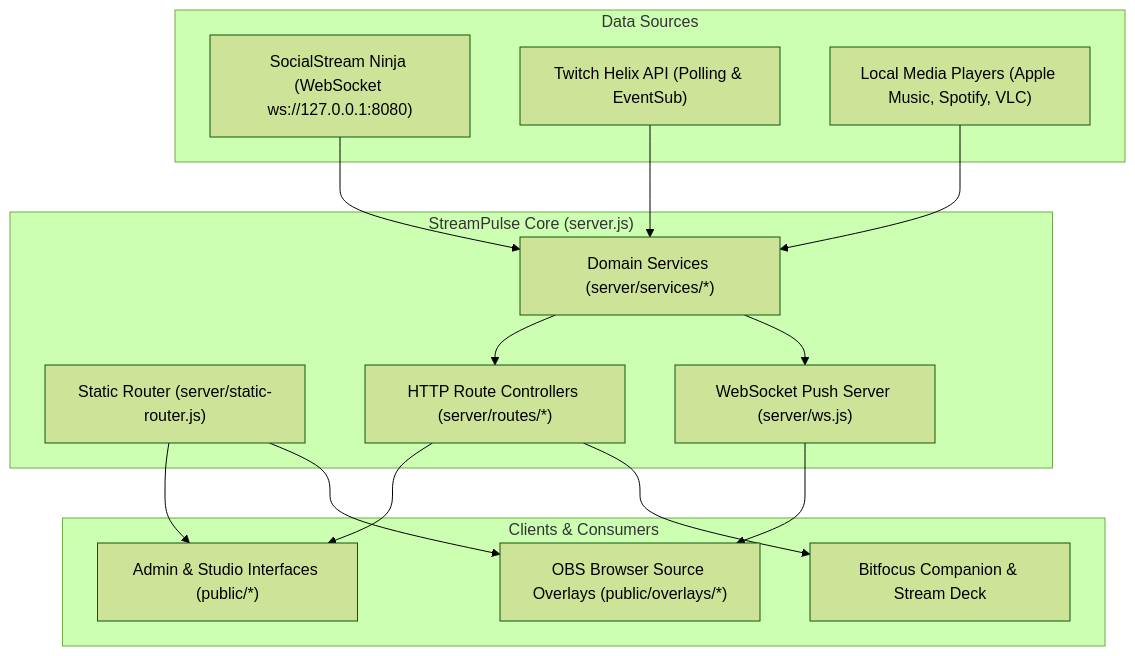
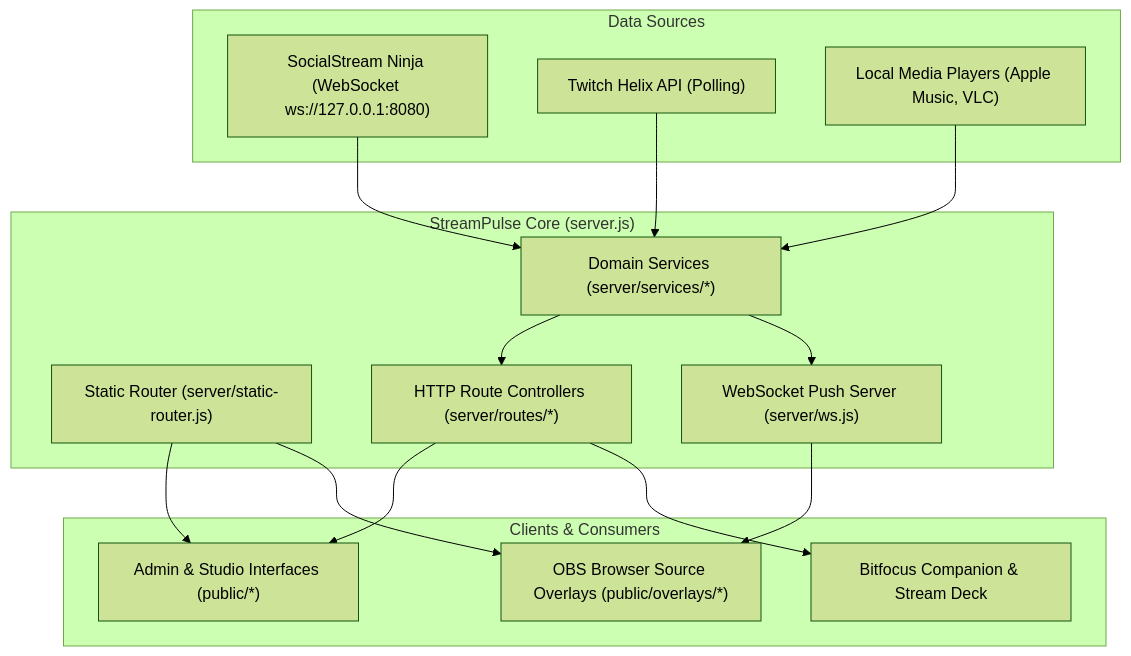
Before and after one commit to jarbochov/StreamPulse: the diagram in docs/architecture.md, drawn with Mermaid (forest theme). The commit also changed other lines of this file and 22 other files, not shown here.

````diff
--- a/docs/architecture.md
+++ b/docs/architecture.md
@@ -11,34 +11,34 @@
 ```mermaid
 flowchart TD
     subgraph DataSources["Data Sources"]
         SSN["SocialStream Ninja (WebSocket ws://127.0.0.1:8080)"]
-        Twitch["Twitch Helix API (Polling & EventSub)"]
-        Media["Local Media Players (Apple Music, Spotify, VLC)"]
+        Twitch["Twitch Helix API (Polling)"]
+        Media["Local Media Players (Apple Music, VLC)"]
     end
 
     subgraph StreamPulseCore["StreamPulse Core (server.js)"]
         StaticRouter["Static Router (server/static-router.js)"]
         WSManager["WebSocket Push Server (server/ws.js)"]
         Services["Domain Services (server/services/*)"]
         Controllers["HTTP Route Controllers (server/routes/*)"]
     end
 
     subgraph Clients["Clients & Consumers"]
         AdminUI["Admin & Studio Interfaces (public/*)"]
         OBS["OBS Browser Source Overlays (public/overlays/*)"]
         Companion["Bitfocus Companion & Stream Deck"]
     end
 
     SSN --> Services
     Twitch --> Services
     Media --> Services
     
     Services --> Controllers
     Services --> WSManager
     
     Controllers --> AdminUI
     Controllers --> Companion
     WSManager --> OBS
     StaticRouter --> AdminUI
     StaticRouter --> OBS
 ```
````
